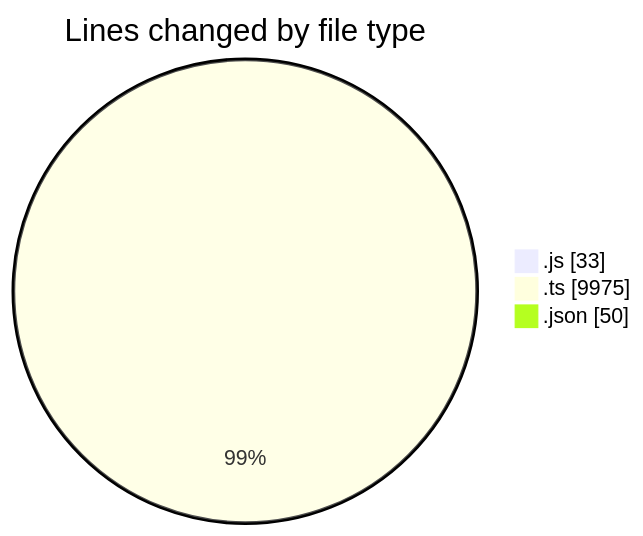
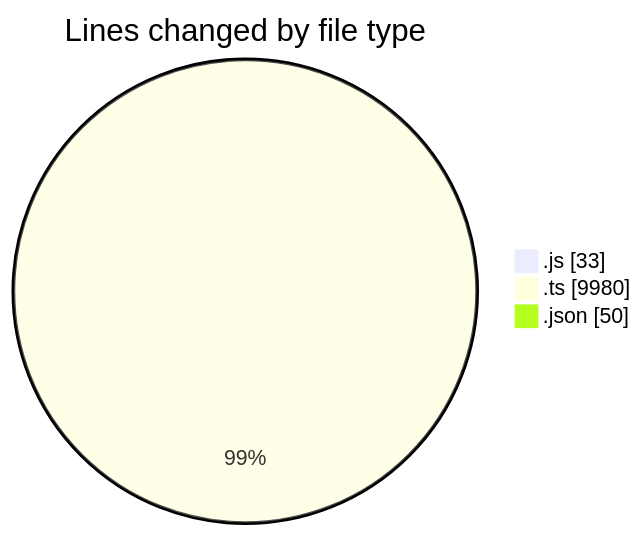
Before and after one commit to momahboobian/code-tracking: the first of 2 diagrams in 2025-09-08/cda/README.md, drawn with Mermaid. The commit also changed other lines of this file and 1 other file, not shown here.

````diff
--- a/2025-09-08/cda/README.md
+++ b/2025-09-08/cda/README.md
@@ -25,7 +25,7 @@
 ```mermaid
 pie showData
 title Lines changed by file type
 ".js" : 33
-".ts" : 9975
+".ts" : 9980
 ".json" : 50
 ```
````
